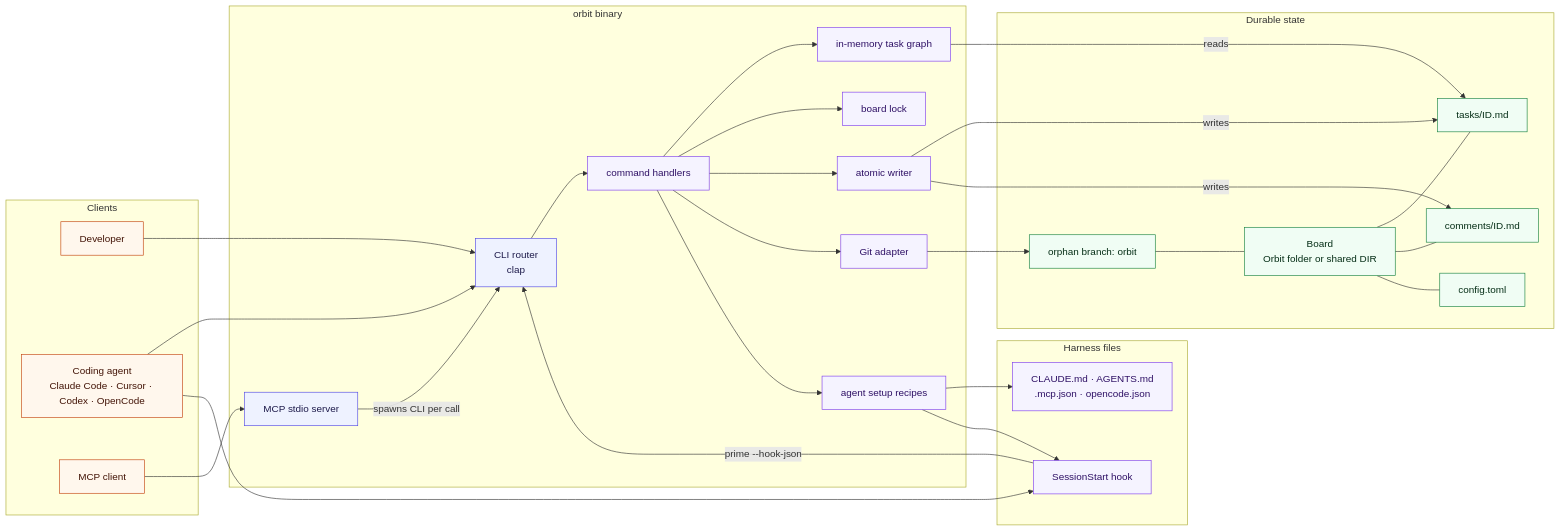
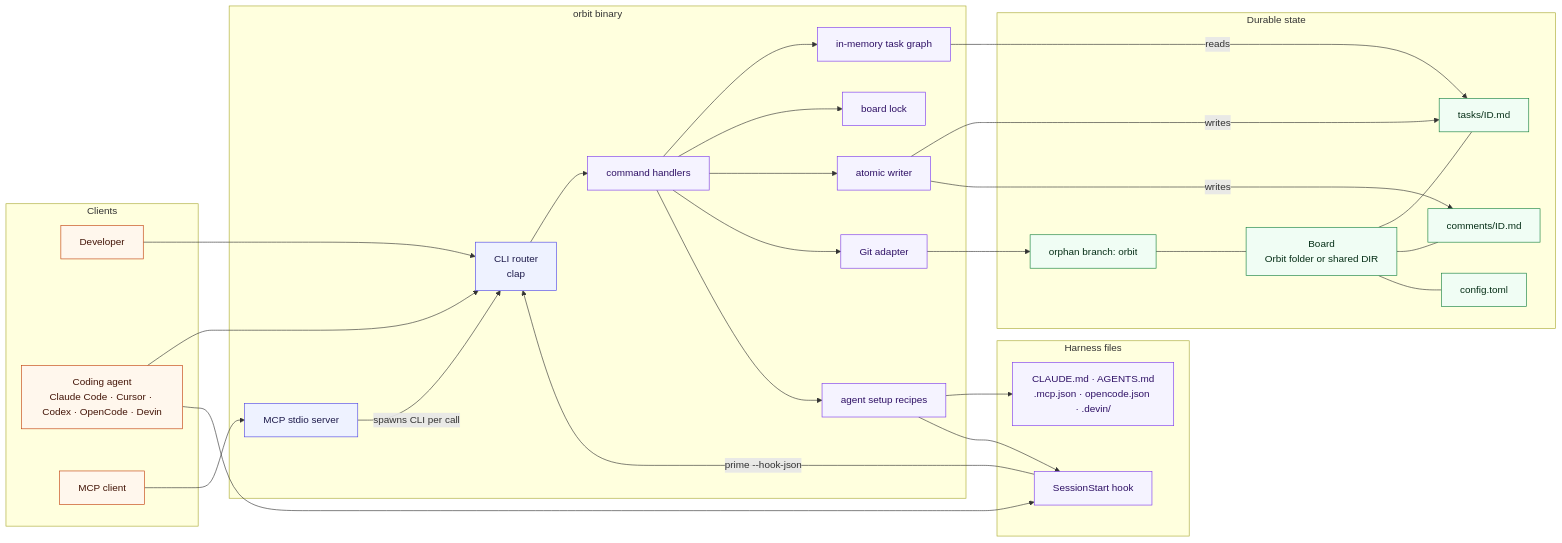
The first of 6 diagrams in README.md (rcmendes/orbit), drawn with Mermaid before and after one commit. The commit also changed other lines of this file and 12 other files, not shown here.

````diff
--- a/README.md
+++ b/README.md
@@ -288,67 +288,67 @@
 ```mermaid
 flowchart LR
     subgraph Clients["Clients"]
         DEV["Developer"]
-        AGENT["Coding agent<br/>Claude Code · Cursor · Codex · OpenCode"]
+        AGENT["Coding agent<br/>Claude Code · Cursor · Codex · OpenCode · Devin"]
         MCPC["MCP client"]
     end
 
     subgraph Binary["orbit binary"]
         ROUTER["CLI router<br/>clap"]
         MCP["MCP stdio server"]
         CMD["command handlers"]
         GRAPH["in-memory task graph"]
         LOCK["board lock"]
         ATOMIC["atomic writer"]
         GIT["Git adapter"]
         SETUP["agent setup recipes"]
     end
 
     subgraph Storage["Durable state"]
         BOARD["Board<br/>Orbit folder or shared DIR"]
         TASKS["tasks/ID.md"]
         COMMENTS["comments/ID.md"]
         CONFIG["config.toml"]
         BRANCH["orphan branch: orbit"]
     end
 
     subgraph Harness["Harness files"]
-        FILES["CLAUDE.md · AGENTS.md<br/>.mcp.json · opencode.json"]
+        FILES["CLAUDE.md · AGENTS.md<br/>.mcp.json · opencode.json · .devin/"]
         HOOK["SessionStart hook"]
     end
 
     DEV --> ROUTER
     AGENT --> ROUTER
     AGENT --> HOOK
     HOOK -->|"prime --hook-json"| ROUTER
     MCPC --> MCP
     MCP -->|"spawns CLI per call"| ROUTER
     ROUTER --> CMD
     CMD --> GRAPH
     GRAPH -->|reads| TASKS
     CMD --> LOCK
     CMD --> ATOMIC
     ATOMIC -->|writes| TASKS
     ATOMIC -->|writes| COMMENTS
     CMD --> GIT
     GIT --> BRANCH
     BOARD --- TASKS
     BOARD --- COMMENTS
     BOARD --- CONFIG
     BRANCH --- BOARD
     CMD --> SETUP
     SETUP --> FILES
     SETUP --> HOOK
 
     classDef actor fill:#fff7ed,stroke:#c2410c,color:#431407
     classDef iface fill:#eef2ff,stroke:#4f46e5,color:#1e1b4b
     classDef app fill:#f5f3ff,stroke:#7c3aed,color:#2e1065
     classDef domain fill:#ecfeff,stroke:#0e7490,color:#083344
     classDef store fill:#f0fdf4,stroke:#15803d,color:#052e16
 
     class DEV,AGENT,MCPC actor
     class ROUTER,MCP iface
     class CMD,GRAPH,LOCK,ATOMIC,GIT,SETUP app
     class BOARD,TASKS,COMMENTS,CONFIG,BRANCH store
     class FILES,HOOK app
 ```
````
